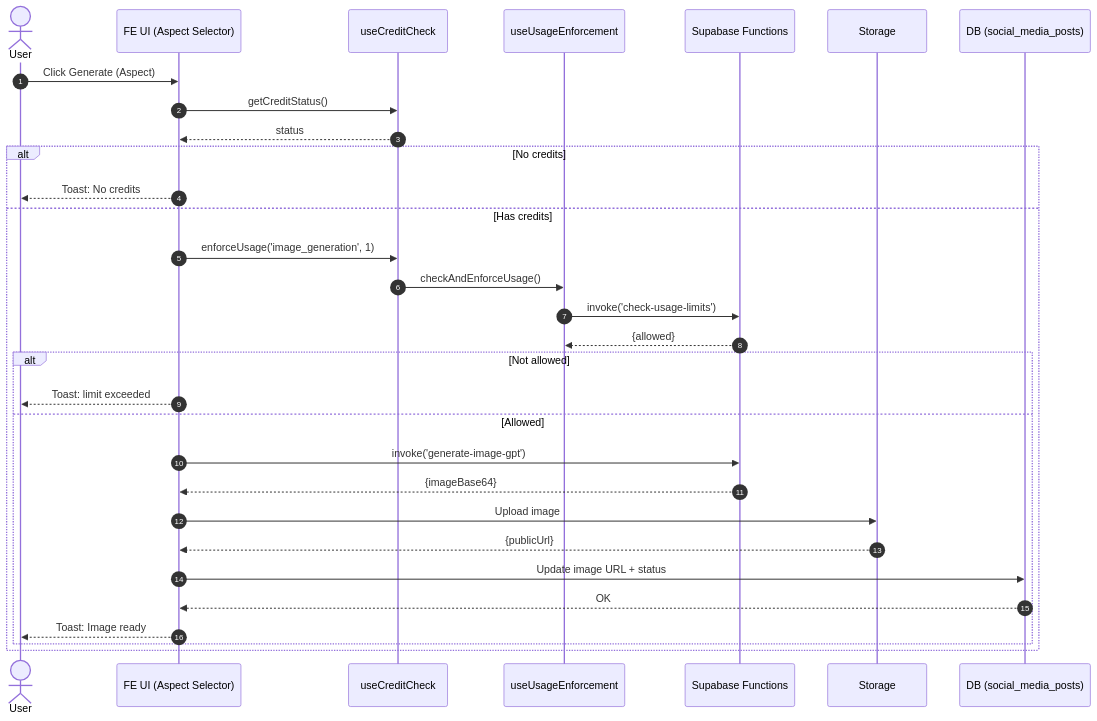
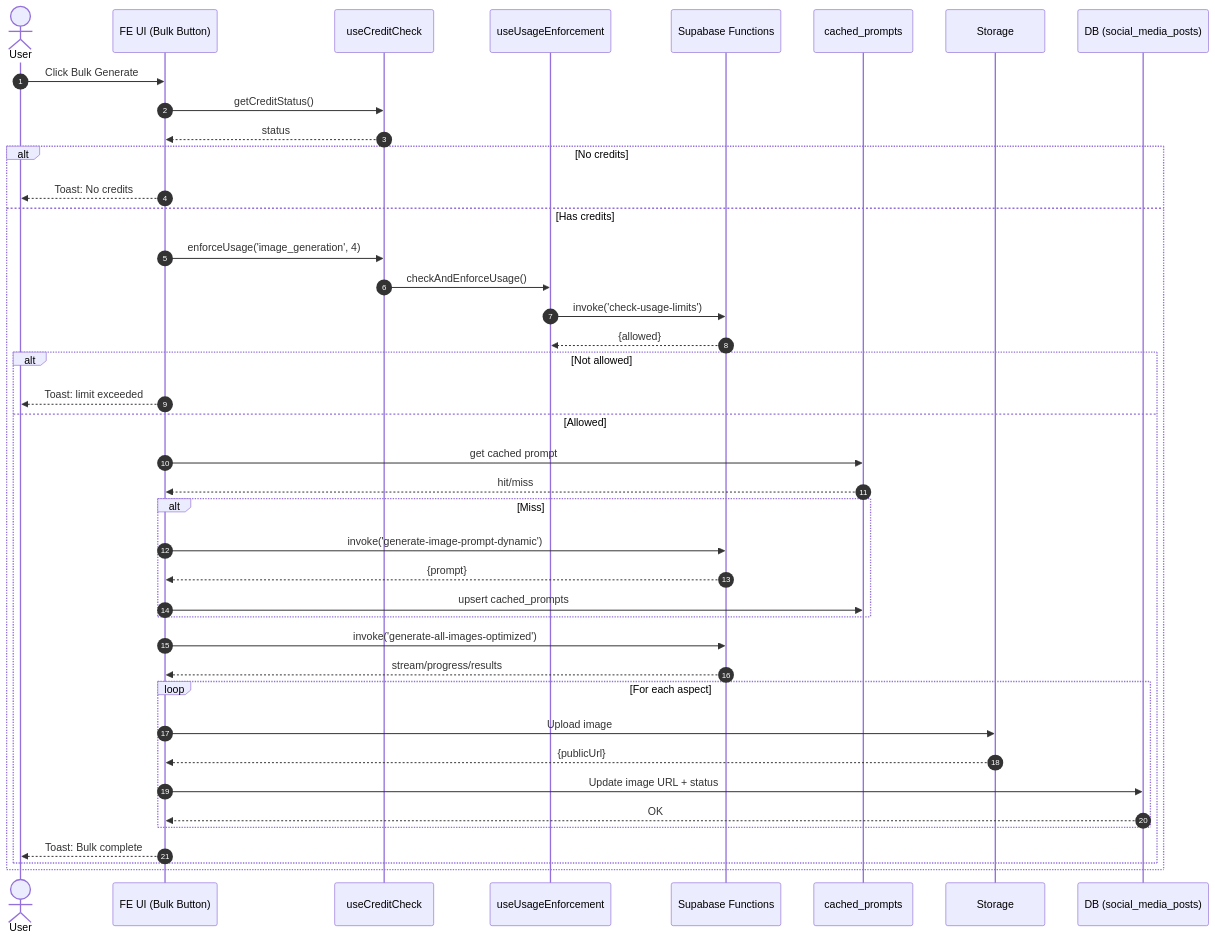
The second of 2 diagrams in docs/text-to-photos-audit-and-hardening.md (jordanleahy/jordansportfolio), drawn with Mermaid before and after one commit. The commit also changed other lines of this file and 39 other files, not shown here.

````diff
--- a/docs/text-to-photos-audit-and-hardening.md
+++ b/docs/text-to-photos-audit-and-hardening.md
@@ -216,34 +218,44 @@
 ```mermaid
 sequenceDiagram
   autonumber
   actor User
-  participant UI as FE UI (Aspect Selector)
+  participant UI as FE UI (Bulk Button)
   participant CC as useCreditCheck
   participant UE as useUsageEnforcement
   participant SB as Supabase Functions
+  participant DB as cached_prompts
   participant ST as Storage
   participant POSTS as DB (social_media_posts)
 
-  User->>UI: Click Generate (Aspect)
+  User->>UI: Click Bulk Generate
   UI->>CC: getCreditStatus()
   CC-->>UI: status
   alt No credits
     UI-->>User: Toast: No credits
   else Has credits
-    UI->>CC: enforceUsage('image_generation', 1)
+    UI->>CC: enforceUsage('image_generation', 4)
     CC->>UE: checkAndEnforceUsage()
     UE->>SB: invoke('check-usage-limits')
     SB-->>UE: {allowed}
     alt Not allowed
       UI-->>User: Toast: limit exceeded
     else Allowed
-      UI->>SB: invoke('generate-image-gpt')
-      SB-->>UI: {imageBase64}
-      UI->>ST: Upload image
-      ST-->>UI: {publicUrl}
-      UI->>POSTS: Update image URL + status
-      POSTS-->>UI: OK
-      UI-->>User: Toast: Image ready
+      UI->>DB: get cached prompt
+      DB-->>UI: hit/miss
+      alt Miss
+        UI->>SB: invoke('generate-image-prompt-dynamic')
+        SB-->>UI: {prompt}
+        UI->>DB: upsert cached_prompts
+      end
+      UI->>SB: invoke('generate-all-images-optimized')
+      SB-->>UI: stream/progress/results
+      loop For each aspect
+        UI->>ST: Upload image
+        ST-->>UI: {publicUrl}
+        UI->>POSTS: Update image URL + status
+        POSTS-->>UI: OK
+      end
+      UI-->>User: Toast: Bulk complete
     end
   end
 ```
````
